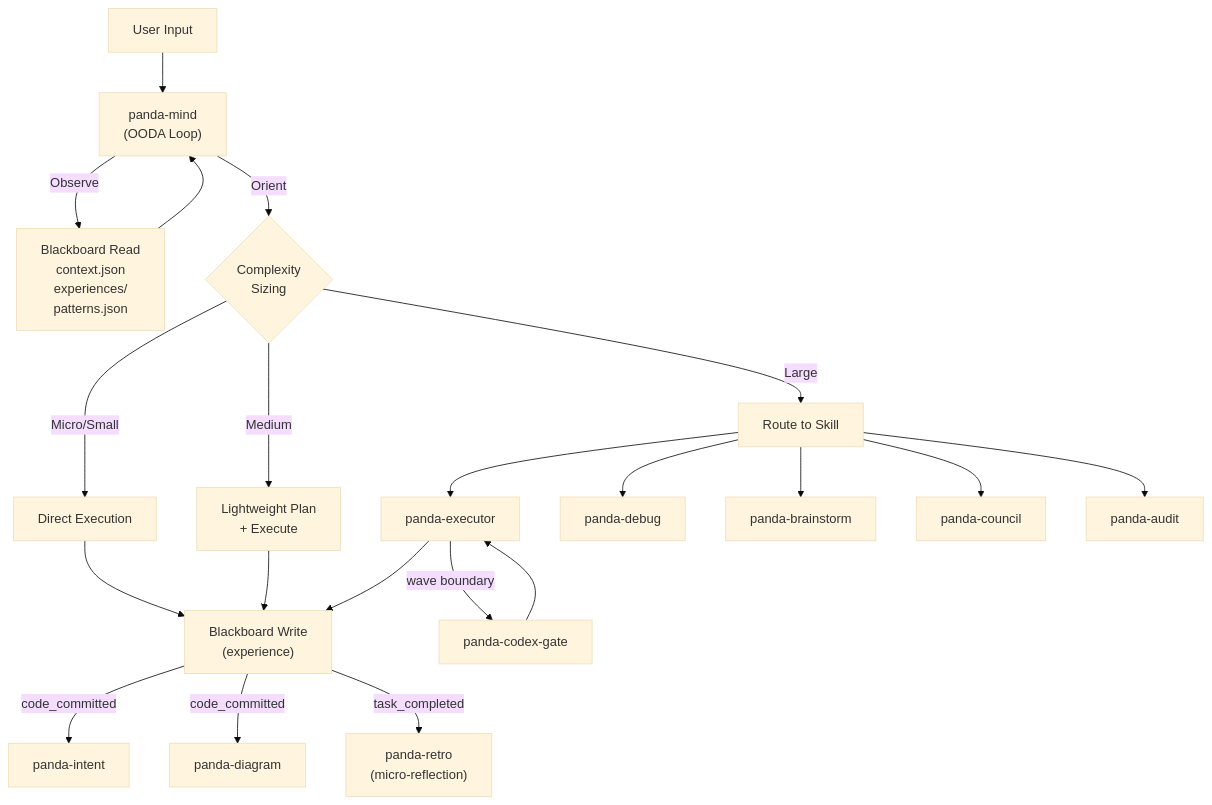
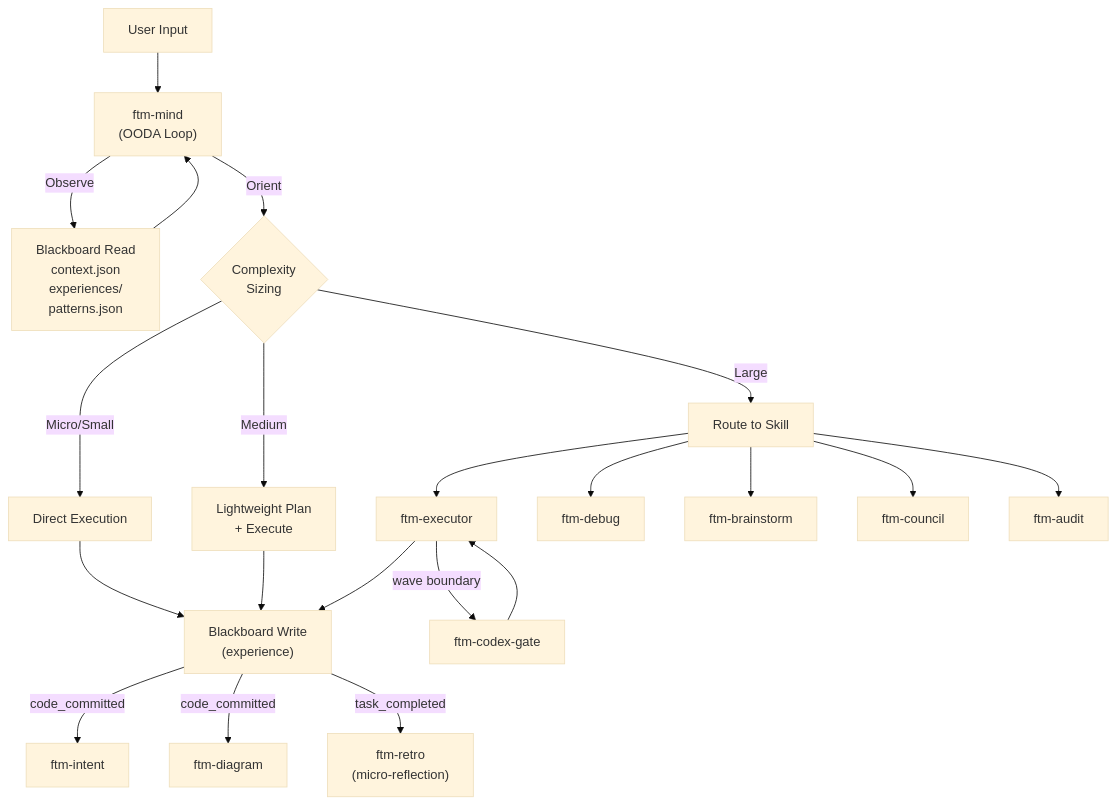
The diagram in README.md (kkudumu/feed-the-machine), drawn with Mermaid (base theme) before and after one commit. The commit also changed other lines of this file and 199 other files, not shown here.

First line of the commit message:
refactor: rename panda → FTM across entire skill ecosystem

````diff
--- a/README.md
+++ b/README.md
@@ -46,29 +46,29 @@
 ```mermaid
 graph TD
-    User["User Input"] --> Mind["panda-mind\n(OODA Loop)"]
+    User["User Input"] --> Mind["ftm-mind\n(OODA Loop)"]
 
     Mind -->|Observe| BB_R["Blackboard Read\ncontext.json\nexperiences/\npatterns.json"]
     BB_R --> Mind
 
     Mind -->|Orient| Size{"Complexity\nSizing"}
     Size -->|Micro/Small| Direct["Direct Execution"]
     Size -->|Medium| Plan["Lightweight Plan\n+ Execute"]
     Size -->|Large| Route["Route to Skill"]
 
-    Route --> Exec["panda-executor"]
-    Route --> Debug["panda-debug"]
-    Route --> Storm["panda-brainstorm"]
-    Route --> Council["panda-council"]
-    Route --> Audit["panda-audit"]
+    Route --> Exec["ftm-executor"]
+    Route --> Debug["ftm-debug"]
+    Route --> Storm["ftm-brainstorm"]
+    Route --> Council["ftm-council"]
+    Route --> Audit["ftm-audit"]
 
     Direct --> BB_W["Blackboard Write\n(experience)"]
     Plan --> BB_W
     Exec --> BB_W
 
-    BB_W -->|code_committed| Intent["panda-intent"]
-    BB_W -->|code_committed| Diagram["panda-diagram"]
-    BB_W -->|task_completed| Retro["panda-retro\n(micro-reflection)"]
+    BB_W -->|code_committed| Intent["ftm-intent"]
+    BB_W -->|code_committed| Diagram["ftm-diagram"]
+    BB_W -->|task_completed| Retro["ftm-retro\n(micro-reflection)"]
 
-    Exec -->|wave boundary| Gate["panda-codex-gate"]
+    Exec -->|wave boundary| Gate["ftm-codex-gate"]
     Gate --> Exec
 ```
````
